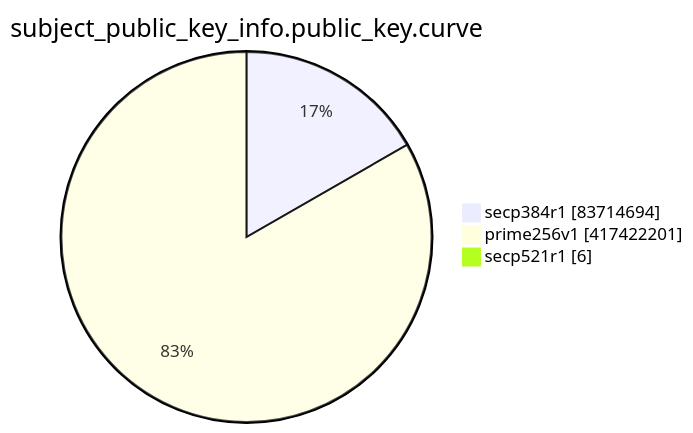
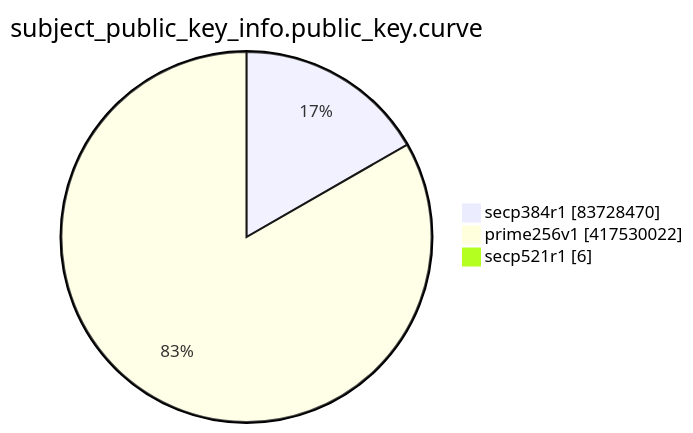
The eighth of 15 diagrams in TOTAL/README.md (christiankrug/ctmonitor_visualization), drawn with Mermaid before and after one commit. The commit also changed other lines of this file, not shown here.

````diff
--- a/TOTAL/README.md
+++ b/TOTAL/README.md
@@ -3098,7 +3098,7 @@
 ```mermaid
 pie showData
 title subject_public_key_info.public_key.curve
-"secp384r1" :83714694
-"prime256v1" :417422201
+"secp384r1" :83728470
+"prime256v1" :417530022
 "secp521r1" :6
 ```
````
